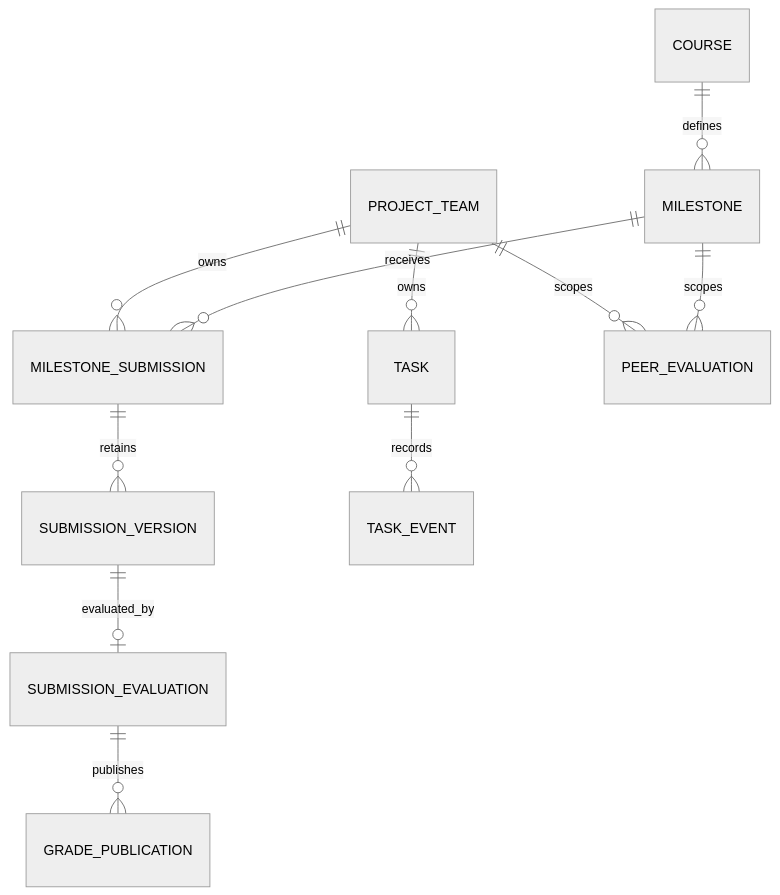
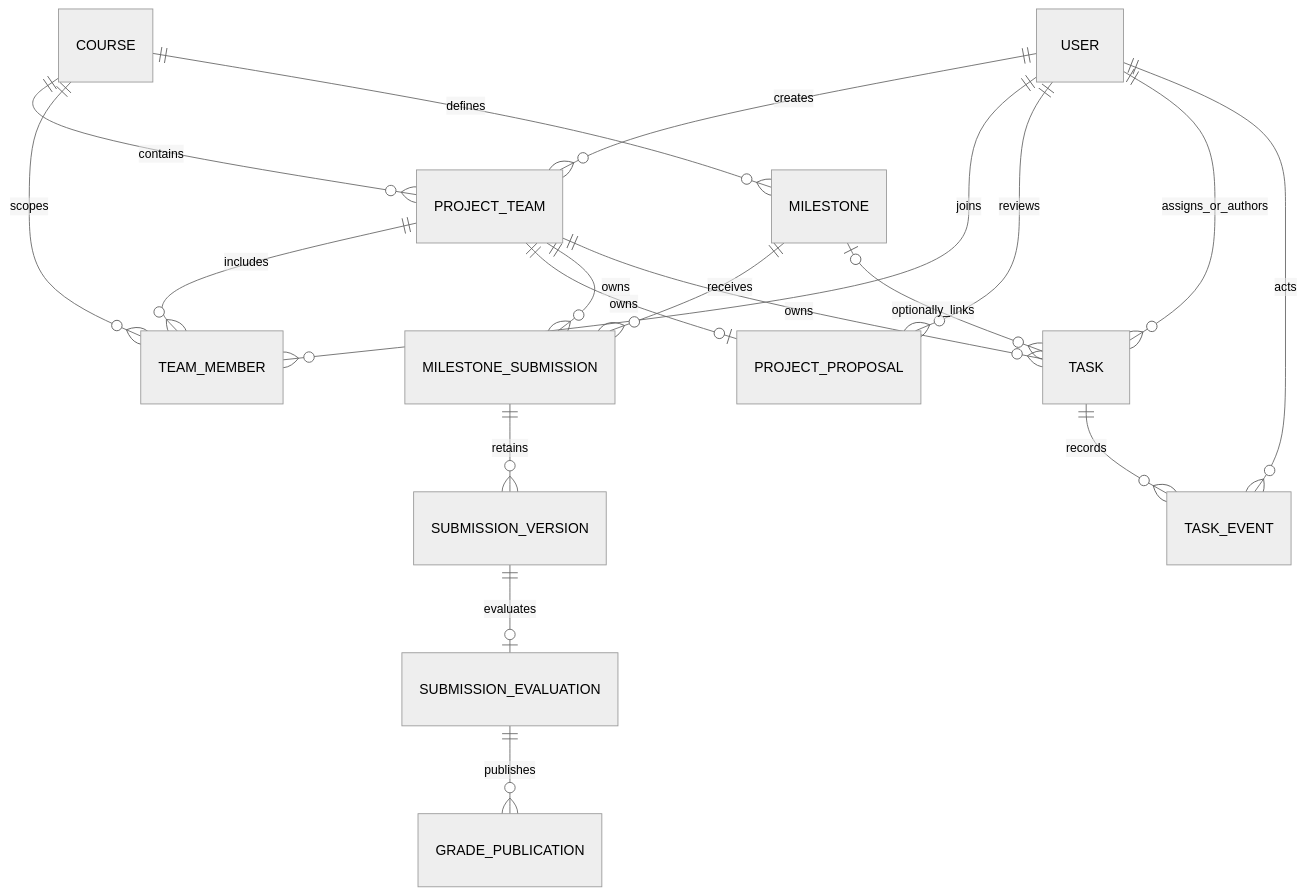
The second of 2 diagrams in docs/system-sds.md (Magiciancat9/Course_management), drawn with Mermaid (neutral theme) before and after one commit. The commit also changed other lines of this file and 19 other files, not shown here.

````diff
--- a/docs/system-sds.md
+++ b/docs/system-sds.md
@@ -267,13 +45,21 @@
 ```mermaid
 erDiagram
+  USER ||--o{ PROJECT_TEAM : creates
+  COURSE ||--o{ PROJECT_TEAM : contains
+  PROJECT_TEAM ||--o{ TEAM_MEMBER : includes
+  USER ||--o{ TEAM_MEMBER : joins
+  COURSE ||--o{ TEAM_MEMBER : scopes
+  PROJECT_TEAM ||--o| PROJECT_PROPOSAL : owns
+  USER ||--o{ PROJECT_PROPOSAL : reviews
   COURSE ||--o{ MILESTONE : defines
+  MILESTONE ||--o{ MILESTONE_SUBMISSION : receives
   PROJECT_TEAM ||--o{ MILESTONE_SUBMISSION : owns
-  MILESTONE ||--o{ MILESTONE_SUBMISSION : receives
   MILESTONE_SUBMISSION ||--o{ SUBMISSION_VERSION : retains
-  SUBMISSION_VERSION ||--o| SUBMISSION_EVALUATION : evaluated_by
+  SUBMISSION_VERSION ||--o| SUBMISSION_EVALUATION : evaluates
   SUBMISSION_EVALUATION ||--o{ GRADE_PUBLICATION : publishes
   PROJECT_TEAM ||--o{ TASK : owns
+  USER ||--o{ TASK : assigns_or_authors
+  MILESTONE o|--o{ TASK : optionally_links
   TASK ||--o{ TASK_EVENT : records
-  PROJECT_TEAM ||--o{ PEER_EVALUATION : scopes
-  MILESTONE ||--o{ PEER_EVALUATION : scopes
+  USER ||--o{ TASK_EVENT : acts
 ```
````
